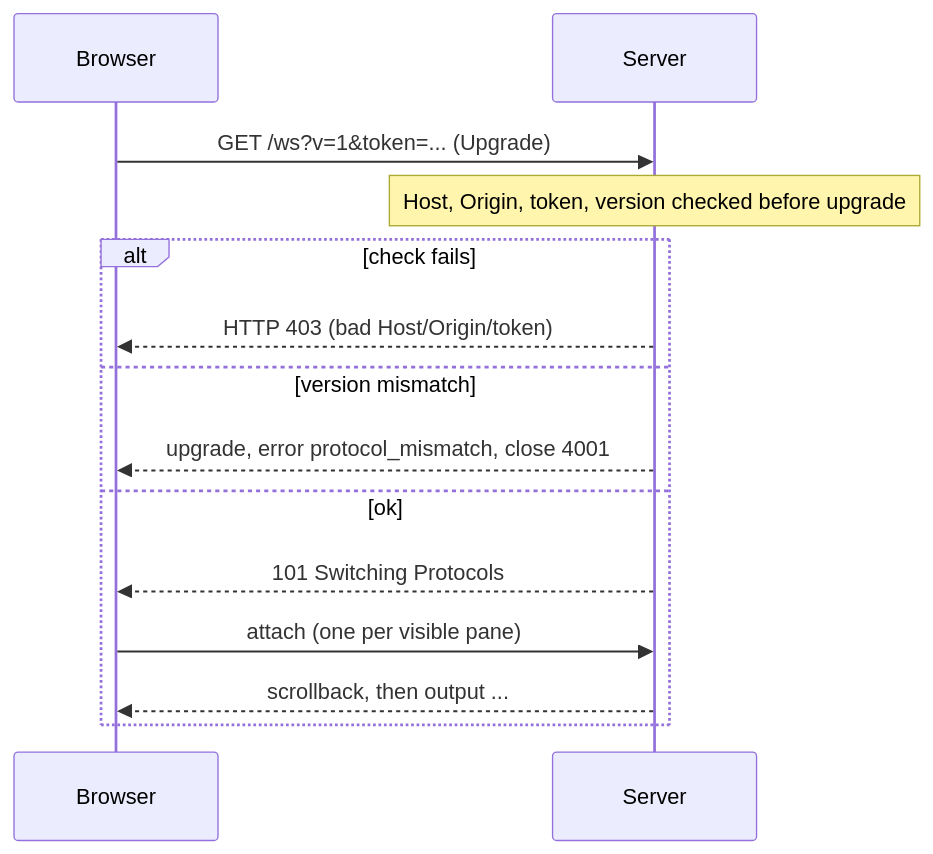
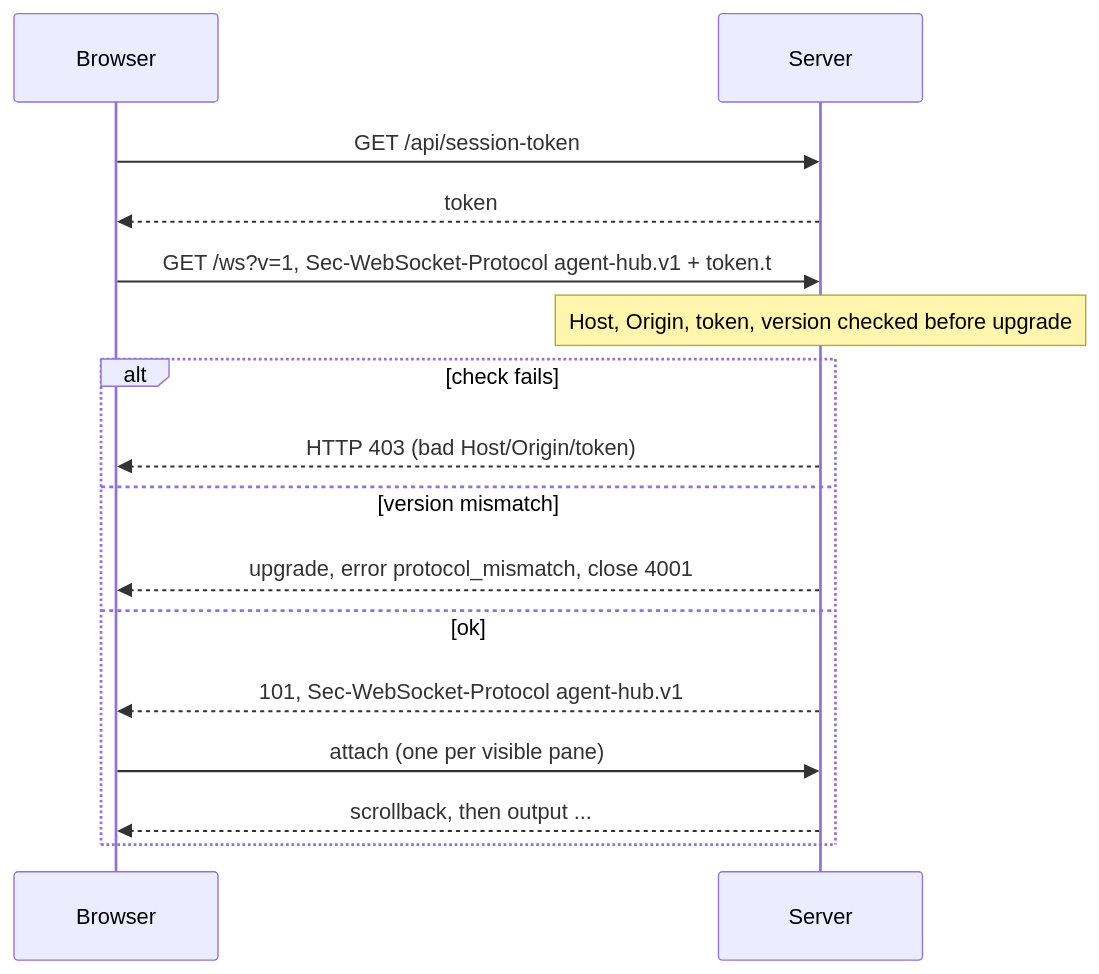
One commit to Dev-Sebi/Paneful-Manager changed the third of 6 diagrams in docs/architecture.md. Above: the diagram before and after it, drawn with Mermaid. The commit also changed other lines of this file and 4 other files, not shown here.

````diff
--- a/docs/architecture.md
+++ b/docs/architecture.md
@@ -128,16 +133,18 @@
 ```mermaid
 sequenceDiagram
     participant C as Browser
     participant S as Server
-    C->>S: GET /ws?v=1&token=... (Upgrade)
+    C->>S: GET /api/session-token
+    S-->>C: token
+    C->>S: GET /ws?v=1, Sec-WebSocket-Protocol agent-hub.v1 + token.t
     Note over S: Host, Origin, token, version checked before upgrade
     alt check fails
         S-->>C: HTTP 403 (bad Host/Origin/token)
     else version mismatch
         S-->>C: upgrade, error protocol_mismatch, close 4001
     else ok
-        S-->>C: 101 Switching Protocols
+        S-->>C: 101, Sec-WebSocket-Protocol agent-hub.v1
         C->>S: attach (one per visible pane)
         S-->>C: scrollback, then output ...
     end
 ```
````
